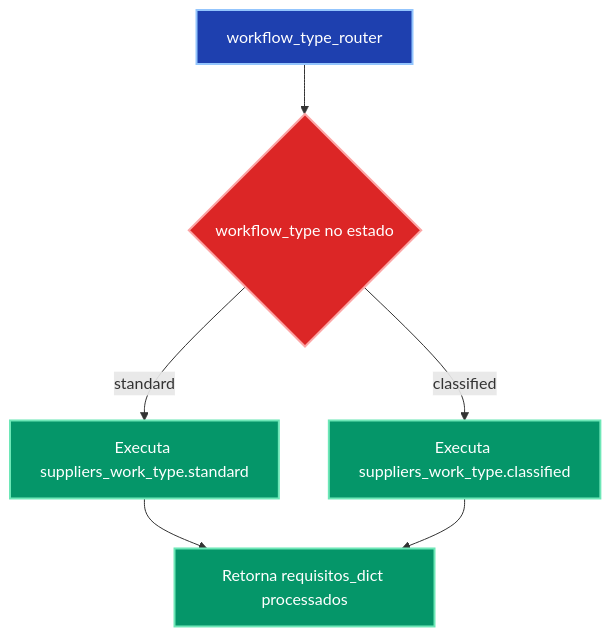
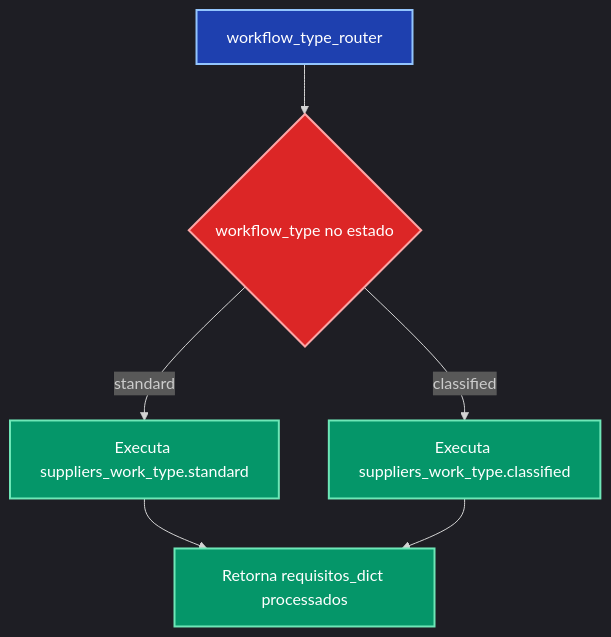
The fifth of 6 diagrams in README.md (ElissonRodrigues/fluxograma), drawn with Mermaid before and after one commit. The commit also changed other lines of this file, not shown here.

Commit message:
Update README with Mermaid diagrams and details

````diff
--- a/README.md
+++ b/README.md
@@ -161,17 +160,18 @@
 ```mermaid
+%%{init: {"theme": "dark", "themeVariables": {"background": "#1f2937", "mainBkg": "#1f2937", "secondBkg": "#374151"}}}%%
 graph TD
     ROUTER[workflow_type_router] --> CHECK{workflow_type no estado}
     CHECK -->|"standard"| STANDARD[Executa suppliers_work_type.standard]
     CHECK -->|"classified"| CLASSIFIED[Executa suppliers_work_type.classified]
     
     STANDARD --> RESULT[Retorna requisitos_dict processados]
     CLASSIFIED --> RESULT
     
     classDef routerClass fill:#1e40af,stroke:#93c5fd,stroke-width:2px,color:#ffffff
     classDef decisionClass fill:#dc2626,stroke:#fca5a5,stroke-width:2px,color:#ffffff
     classDef processClass fill:#059669,stroke:#6ee7b7,stroke-width:2px,color:#ffffff
     
     class ROUTER routerClass
     class CHECK decisionClass
     class STANDARD,CLASSIFIED,RESULT processClass
 ```
````
